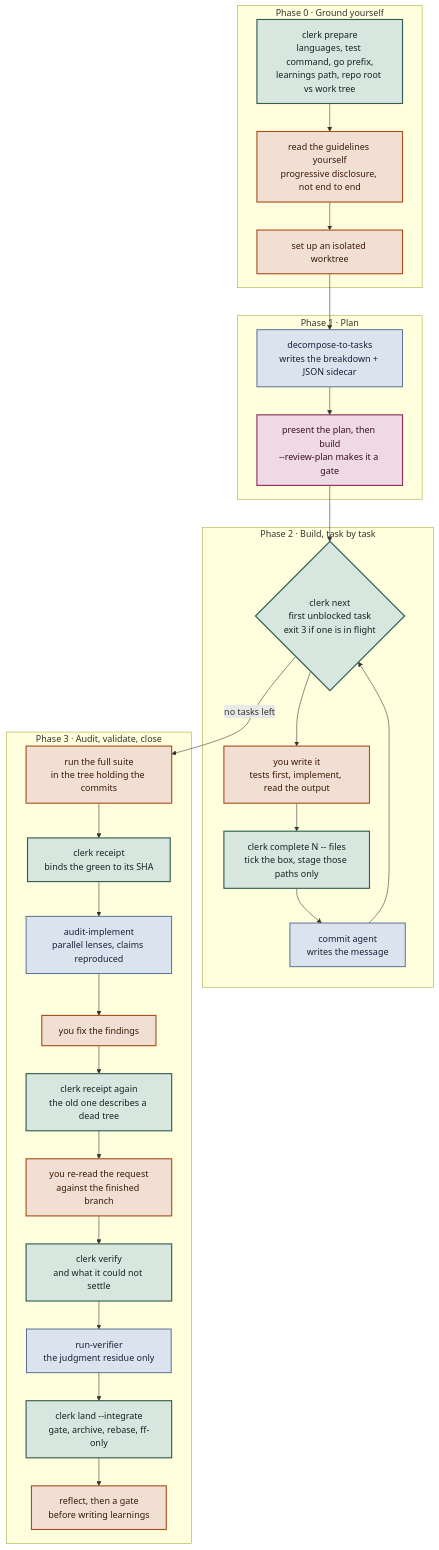
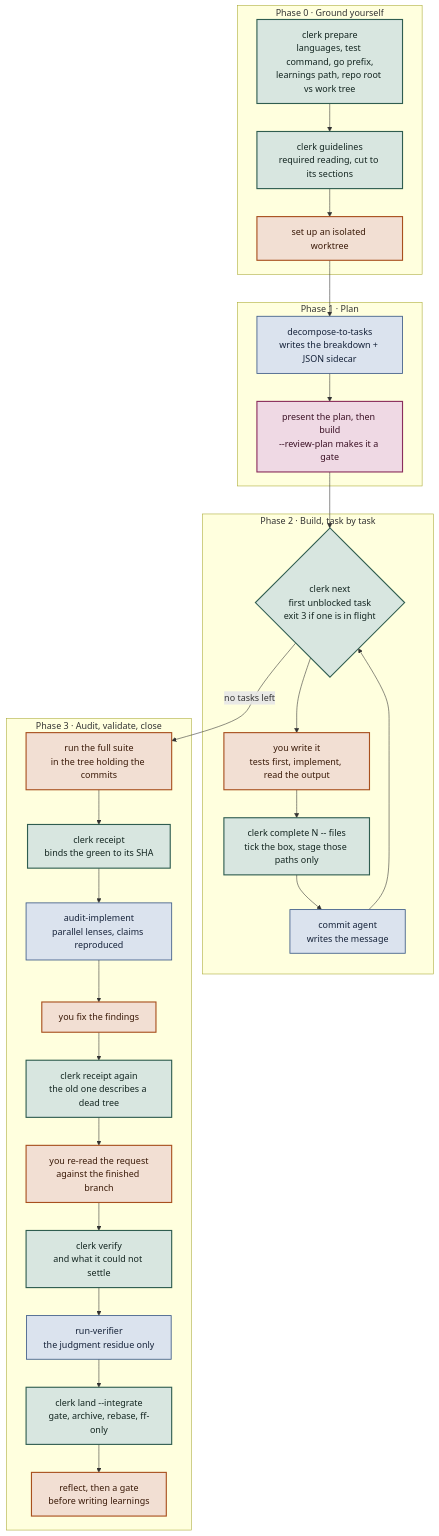
Before and after one commit to hpcsc/dotfiles: the first of 3 diagrams in link/common/dot-config/.config/ai/method/README.md, drawn with Mermaid. The commit also changed other lines of this file and 5 other files, not shown here.

First line of the commit message:
Load the guidelines in one call, not twenty

````diff
--- a/link/common/dot-config/.config/ai/method/README.md
+++ b/link/common/dot-config/.config/ai/method/README.md
@@ -62,40 +62,40 @@
 ```mermaid
 flowchart TD
   subgraph P0["Phase 0 · Ground yourself"]
     A["clerk prepare<br/>languages, test command, go prefix,<br/>learnings path, repo root vs work tree"]
-    A --> B["read the guidelines yourself<br/>progressive disclosure, not end to end"]
+    A --> B["clerk guidelines<br/>required reading, cut to its sections"]
     B --> C["set up an isolated worktree"]
   end
   subgraph P1["Phase 1 · Plan"]
     C --> D["decompose-to-tasks<br/>writes the breakdown + JSON sidecar"]
     D --> G1["present the plan, then build<br/>--review-plan makes it a gate"]
   end
   subgraph P2["Phase 2 · Build, task by task"]
     G1 --> E{"clerk next<br/>first unblocked task<br/>exit 3 if one is in flight"}
     E --> F["you write it<br/>tests first, implement, read the output"]
     F --> H["clerk complete N -- files<br/>tick the box, stage those paths only"]
     H --> I["commit agent<br/>writes the message"]
     I --> E
   end
   subgraph P3["Phase 3 · Audit, validate, close"]
     E -->|"no tasks left"| J["run the full suite<br/>in the tree holding the commits"]
     J --> K["clerk receipt<br/>binds the green to its SHA"]
     K --> L["audit-implement<br/>parallel lenses, claims reproduced"]
     L --> M["you fix the findings"]
     M --> N["clerk receipt again<br/>the old one describes a dead tree"]
     N --> O["you re-read the request<br/>against the finished branch"]
     O --> P["clerk verify<br/>and what it could not settle"]
     P --> Q["run-verifier<br/>the judgment residue only"]
     Q --> R["clerk land --integrate<br/>gate, archive, rebase, ff-only"]
     R --> S["reflect, then a gate<br/>before writing learnings"]
   end
   classDef clerk fill:#D8E6E0,stroke:#2F5D50,stroke-width:2px,color:#132520
   classDef you fill:#F2DFD3,stroke:#A8501E,stroke-width:2px,color:#3A1A08
   classDef agent fill:#DBE3EE,stroke:#3E5C88,stroke-width:1.5px,color:#16233A
   classDef gate fill:#EFD9E4,stroke:#8A2E5D,stroke-width:2px,color:#3A1024
-  class A,E,H,K,N,P,R clerk
-  class B,C,F,M,O,S you
+  class A,B,E,H,K,N,P,R clerk
+  class C,F,M,O,S you
   class D,I,L,Q agent
   class G1 gate
   class J you
 ```
````
